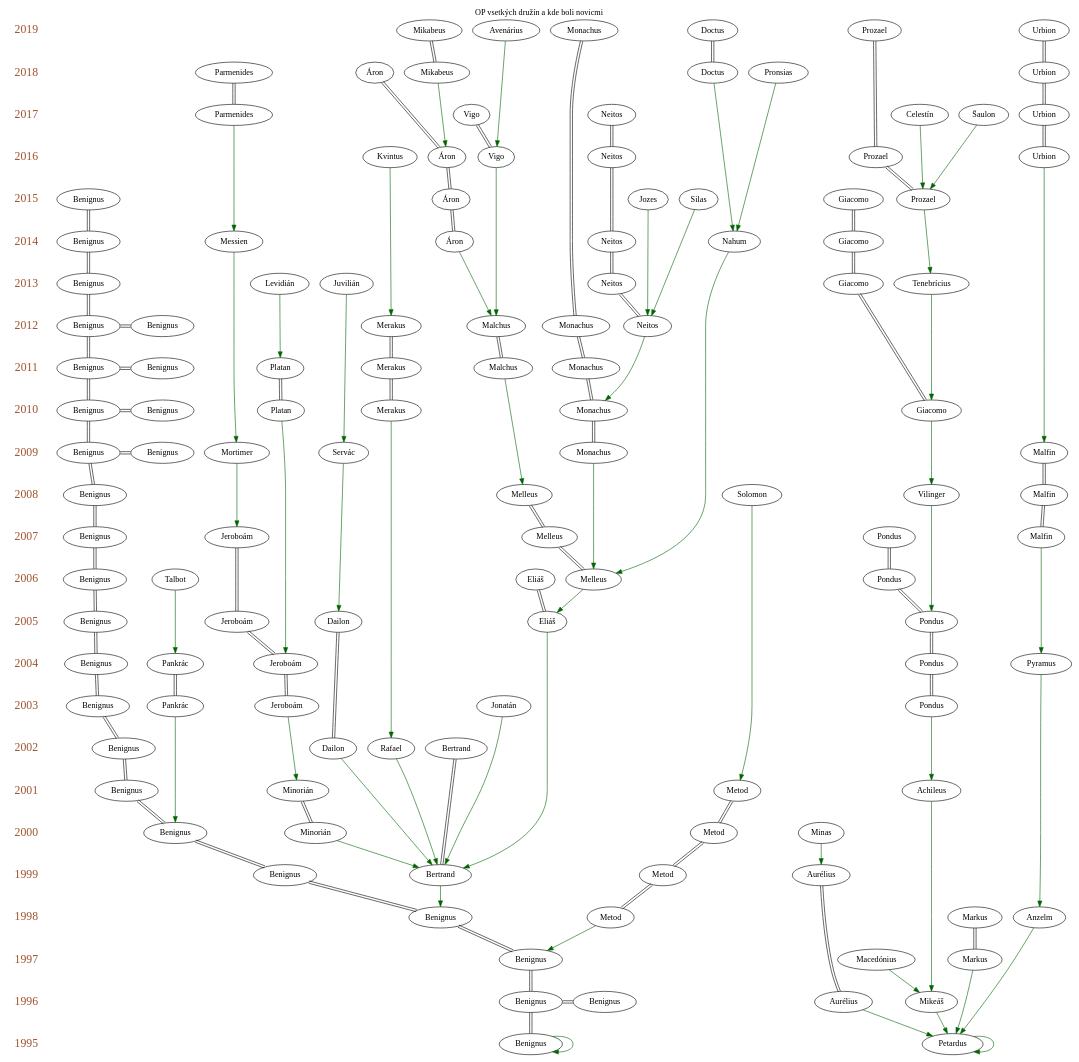
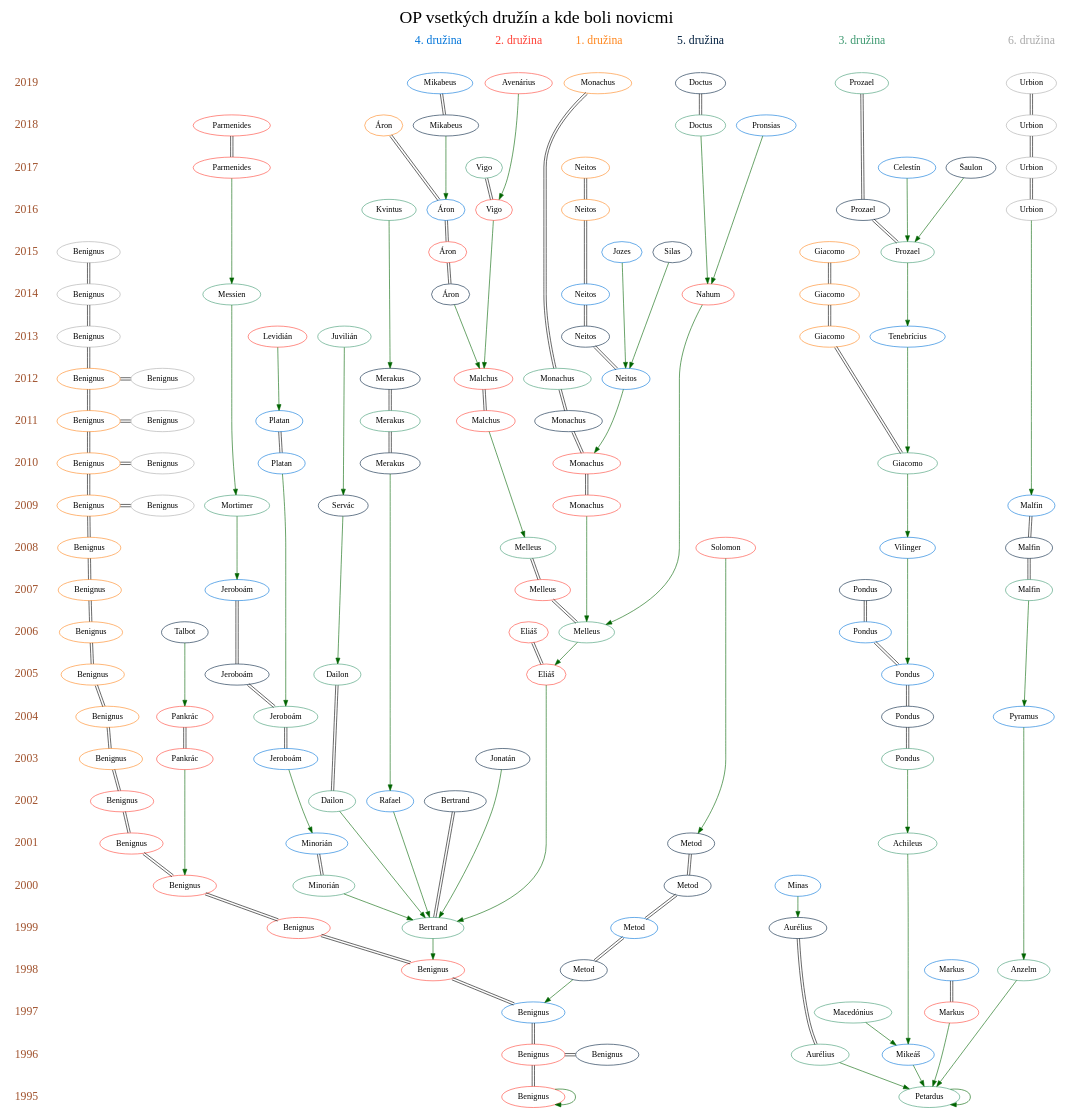
One commit to ukropj/katarinka-trees changed the diagram in target/strom_op_druziny.dot. Above: the diagram before and after it, drawn with Graphviz. The commit also changed 3 other files, not shown here.

```diff
--- a/target/strom_op_druziny.dot
+++ b/target/strom_op_druziny.dot
@@ -1,5 +1,6 @@
-digraph op_tree {
+digraph op_druziny_tree {
   labelloc=t;
+  fontsize=30
   label="OP vsetkých družín a kde boli novicmi";
   rankdir=BT;
   newrank=true;
@@ -30,156 +31,131 @@
   n2018 [shape=plaintext fontcolor="sienna" fontsize=20 label="2018"];
   n2019 [shape=plaintext fontcolor="sienna" fontsize=20 label="2019"];
   n1995 -> n1996 -> n1997 -> n1998 -> n1999 -> n2000 -> n2001 -> n2002 -> n2003 -> n2004 -> n2005 -> n2006 -> n2007 -> n2008 -> n2009 -> n2010 -> n2011 -> n2012 -> n2013 -> n2014 -> n2015 -> n2016 -> n2017 -> n2018 -> n2019 [color=white];
-  n1995_1 [label="Benignus"];
-  n1995_2 [label="Petardus"];
-  n1996_1 [label="Benignus"];
-  n1996_2 [label="Aurélius"];
-  n1996_3 [label="Mikeáš"];
-  n1996_4 [label="Benignus"];
-  n1997_1 [label="Markus"];
-  n1997_2 [label="Macedónius"];
-  n1997_3 [label="Benignus"];
-  n1998_1 [label="Benignus"];
-  n1998_2 [label="Anzelm"];
-  n1998_3 [label="Markus"];
-  n1998_4 [label="Metod"];
-  n1999_1 [label="Benignus"];
-  n1999_2 [label="Bertrand"];
-  n1999_3 [label="Metod"];
-  n1999_4 [label="Aurélius"];
-  n2000_1 [label="Benignus"];
-  n2000_2 [label="Minorián"];
-  n2000_3 [label="Minas"];
-  n2000_4 [label="Metod"];
-  n2001_1 [label="Benignus"];
-  n2001_2 [label="Achileus"];
-  n2001_3 [label="Minorián"];
-  n2001_4 [label="Metod"];
-  n2002_1 [label="Benignus"];
-  n2002_2 [label="Dailon"];
-  n2002_3 [label="Rafael"];
-  n2002_4 [label="Bertrand"];
-  n2003_1 [label="Benignus"];
-  n2003_2 [label="Pankrác"];
-  n2003_3 [label="Pondus"];
-  n2003_4 [label="Jeroboám"];
-  n2003_5 [label="Jonatán"];
-  n2004_1 [label="Benignus"];
-  n2004_2 [label="Pankrác"];
-  n2004_3 [label="Jeroboám"];
-  n2004_4 [label="Pyramus"];
-  n2004_5 [label="Pondus"];
-  n2005_1 [label="Benignus"];
-  n2005_2 [label="Eliáš"];
-  n2005_3 [label="Dailon"];
-  n2005_4 [label="Pondus"];
-  n2005_5 [label="Jeroboám"];
-  n2006_1 [label="Benignus"];
-  n2006_2 [label="Eliáš"];
-  n2006_3 [label="Melleus"];
-  n2006_4 [label="Pondus"];
-  n2006_5 [label="Talbot"];
-  n2007_1 [label="Benignus"];
-  n2007_2 [label="Melleus"];
-  n2007_3 [label="Malfin"];
-  n2007_4 [label="Jeroboám"];
-  n2007_5 [label="Pondus"];
-  n2008_1 [label="Benignus"];
-  n2008_2 [label="Solomon"];
-  n2008_3 [label="Melleus"];
-  n2008_4 [label="Vilinger"];
-  n2008_5 [label="Malfin"];
-  n2009_1 [label="Benignus"];
-  n2009_2 [label="Monachus"];
-  n2009_3 [label="Mortimer"];
-  n2009_4 [label="Malfin"];
-  n2009_5 [label="Servác"];
-  n2009_6 [label="Benignus"];
-  n2010_1 [label="Benignus"];
-  n2010_2 [label="Monachus"];
-  n2010_3 [label="Giacomo"];
-  n2010_4 [label="Platan"];
-  n2010_5 [label="Merakus"];
-  n2010_6 [label="Benignus"];
-  n2011_1 [label="Benignus"];
-  n2011_2 [label="Malchus"];
-  n2011_3 [label="Merakus"];
-  n2011_4 [label="Platan"];
-  n2011_5 [label="Monachus"];
-  n2011_6 [label="Benignus"];
-  n2012_1 [label="Benignus"];
-  n2012_2 [label="Malchus"];
-  n2012_3 [label="Monachus"];
-  n2012_4 [label="Neitos"];
-  n2012_5 [label="Merakus"];
-  n2012_6 [label="Benignus"];
-  n2013_1 [label="Giacomo"];
-  n2013_2 [label="Levidián"];
-  n2013_3 [label="Juvilián"];
-  n2013_4 [label="Tenebrícius"];
-  n2013_5 [label="Neitos"];
-  n2013_6 [label="Benignus"];
-  n2014_1 [label="Giacomo"];
-  n2014_2 [label="Nahum"];
-  n2014_3 [label="Messien"];
-  n2014_4 [label="Neitos"];
-  n2014_5 [label="Áron"];
-  n2014_6 [label="Benignus"];
-  n2015_1 [label="Giacomo"];
-  n2015_2 [label="Áron"];
-  n2015_3 [label="Prozael"];
-  n2015_4 [label="Jozes"];
-  n2015_5 [label="Silas"];
-  n2015_6 [label="Benignus"];
-  n2016_1 [label="Neitos"];
-  n2016_2 [label="Vigo"];
-  n2016_3 [label="Kvintus"];
-  n2016_4 [label="Áron"];
-  n2016_5 [label="Prozael"];
-  n2016_6 [label="Urbion"];
-  n2017_1 [label="Neitos"];
-  n2017_2 [label="Parmenides"];
-  n2017_3 [label="Vigo"];
-  n2017_4 [label="Celestín"];
-  n2017_5 [label="Šaulon"];
-  n2017_6 [label="Urbion"];
-  n2018_1 [label="Áron"];
-  n2018_2 [label="Parmenides"];
-  n2018_3 [label="Doctus"];
-  n2018_4 [label="Pronsias"];
-  n2018_5 [label="Mikabeus"];
-  n2018_6 [label="Urbion"];
-  n2019_1 [label="Monachus"];
-  n2019_2 [label="Avenárius"];
-  n2019_3 [label="Prozael"];
-  n2019_4 [label="Mikabeus"];
-  n2019_5 [label="Doctus"];
-  n2019_6 [label="Urbion"];
-  n1995 [label="1995"];
-  n1996 [label="1996"];
-  n1997 [label="1997"];
-  n1998 [label="1998"];
-  n1999 [label="1999"];
-  n2000 [label="2000"];
-  n2001 [label="2001"];
-  n2002 [label="2002"];
-  n2003 [label="2003"];
-  n2004 [label="2004"];
-  n2005 [label="2005"];
-  n2006 [label="2006"];
-  n2007 [label="2007"];
-  n2008 [label="2008"];
-  n2009 [label="2009"];
-  n2010 [label="2010"];
-  n2011 [label="2011"];
-  n2012 [label="2012"];
-  n2013 [label="2013"];
-  n2014 [label="2014"];
-  n2015 [label="2015"];
-  n2016 [label="2016"];
-  n2017 [label="2017"];
-  n2018 [label="2018"];
-  n2019 [label="2019"];
+  n1995_1 [label="Benignus", color="#FF4136"];
+  n1995_2 [label="Petardus", color="#3D9970"];
+  n1996_1 [label="Benignus", color="#FF4136"];
+  n1996_2 [label="Aurélius", color="#3D9970"];
+  n1996_3 [label="Mikeáš", color="#0074D9"];
+  n1996_4 [label="Benignus", color="#001F3F"];
+  n1997_1 [label="Markus", color="#FF4136"];
+  n1997_2 [label="Macedónius", color="#3D9970"];
+  n1997_3 [label="Benignus", color="#0074D9"];
+  n1998_1 [label="Benignus", color="#FF4136"];
+  n1998_2 [label="Anzelm", color="#3D9970"];
+  n1998_3 [label="Markus", color="#0074D9"];
+  n1998_4 [label="Metod", color="#001F3F"];
+  n1999_1 [label="Benignus", color="#FF4136"];
+  n1999_2 [label="Bertrand", color="#3D9970"];
+  n1999_3 [label="Metod", color="#0074D9"];
+  n1999_4 [label="Aurélius", color="#001F3F"];
+  n2000_1 [label="Benignus", color="#FF4136"];
+  n2000_2 [label="Minorián", color="#3D9970"];
+  n2000_3 [label="Minas", color="#0074D9"];
+  n2000_4 [label="Metod", color="#001F3F"];
+  n2001_1 [label="Benignus", color="#FF4136"];
+  n2001_2 [label="Achileus", color="#3D9970"];
+  n2001_3 [label="Minorián", color="#0074D9"];
+  n2001_4 [label="Metod", color="#001F3F"];
+  n2002_1 [label="Benignus", color="#FF4136"];
+  n2002_2 [label="Dailon", color="#3D9970"];
+  n2002_3 [label="Rafael", color="#0074D9"];
+  n2002_4 [label="Bertrand", color="#001F3F"];
+  n2003_1 [label="Benignus", color="#FF851B"];
+  n2003_2 [label="Pankrác", color="#FF4136"];
+  n2003_3 [label="Pondus", color="#3D9970"];
+  n2003_4 [label="Jeroboám", color="#0074D9"];
+  n2003_5 [label="Jonatán", color="#001F3F"];
+  n2004_1 [label="Benignus", color="#FF851B"];
+  n2004_2 [label="Pankrác", color="#FF4136"];
+  n2004_3 [label="Jeroboám", color="#3D9970"];
+  n2004_4 [label="Pyramus", color="#0074D9"];
+  n2004_5 [label="Pondus", color="#001F3F"];
+  n2005_1 [label="Benignus", color="#FF851B"];
+  n2005_2 [label="Eliáš", color="#FF4136"];
+  n2005_3 [label="Dailon", color="#3D9970"];
+  n2005_4 [label="Pondus", color="#0074D9"];
+  n2005_5 [label="Jeroboám", color="#001F3F"];
+  n2006_1 [label="Benignus", color="#FF851B"];
+  n2006_2 [label="Eliáš", color="#FF4136"];
+  n2006_3 [label="Melleus", color="#3D9970"];
+  n2006_4 [label="Pondus", color="#0074D9"];
+  n2006_5 [label="Talbot", color="#001F3F"];
+  n2007_1 [label="Benignus", color="#FF851B"];
+  n2007_2 [label="Melleus", color="#FF4136"];
+  n2007_3 [label="Malfin", color="#3D9970"];
+  n2007_4 [label="Jeroboám", color="#0074D9"];
+  n2007_5 [label="Pondus", color="#001F3F"];
+  n2008_1 [label="Benignus", color="#FF851B"];
+  n2008_2 [label="Solomon", color="#FF4136"];
+  n2008_3 [label="Melleus", color="#3D9970"];
+  n2008_4 [label="Vilinger", color="#0074D9"];
+  n2008_5 [label="Malfin", color="#001F3F"];
+  n2009_1 [label="Benignus", color="#FF851B"];
+  n2009_2 [label="Monachus", color="#FF4136"];
+  n2009_3 [label="Mortimer", color="#3D9970"];
+  n2009_4 [label="Malfin", color="#0074D9"];
+  n2009_5 [label="Servác", color="#001F3F"];
+  n2009_6 [label="Benignus", color="#AAAAAA"];
+  n2010_1 [label="Benignus", color="#FF851B"];
+  n2010_2 [label="Monachus", color="#FF4136"];
+  n2010_3 [label="Giacomo", color="#3D9970"];
+  n2010_4 [label="Platan", color="#0074D9"];
+  n2010_5 [label="Merakus", color="#001F3F"];
+  n2010_6 [label="Benignus", color="#AAAAAA"];
+  n2011_1 [label="Benignus", color="#FF851B"];
+  n2011_2 [label="Malchus", color="#FF4136"];
+  n2011_3 [label="Merakus", color="#3D9970"];
+  n2011_4 [label="Platan", color="#0074D9"];
+  n2011_5 [label="Monachus", color="#001F3F"];
+  n2011_6 [label="Benignus", color="#AAAAAA"];
+  n2012_1 [label="Benignus", color="#FF851B"];
+  n2012_2 [label="Malchus", color="#FF4136"];
+  n2012_3 [label="Monachus", color="#3D9970"];
+  n2012_4 [label="Neitos", color="#0074D9"];
+  n2012_5 [label="Merakus", color="#001F3F"];
+  n2012_6 [label="Benignus", color="#AAAAAA"];
+  n2013_1 [label="Giacomo", color="#FF851B"];
+  n2013_2 [label="Levidián", color="#FF4136"];
+  n2013_3 [label="Juvilián", color="#3D9970"];
+  n2013_4 [label="Tenebrícius", color="#0074D9"];
+  n2013_5 [label="Neitos", color="#001F3F"];
+  n2013_6 [label="Benignus", color="#AAAAAA"];
+  n2014_1 [label="Giacomo", color="#FF851B"];
+  n2014_2 [label="Nahum", color="#FF4136"];
+  n2014_3 [label="Messien", color="#3D9970"];
+  n2014_4 [label="Neitos", color="#0074D9"];
+  n2014_5 [label="Áron", color="#001F3F"];
+  n2014_6 [label="Benignus", color="#AAAAAA"];
+  n2015_1 [label="Giacomo", color="#FF851B"];
+  n2015_2 [label="Áron", color="#FF4136"];
+  n2015_3 [label="Prozael", color="#3D9970"];
+  n2015_4 [label="Jozes", color="#0074D9"];
+  n2015_5 [label="Silas", color="#001F3F"];
+  n2015_6 [label="Benignus", color="#AAAAAA"];
+  n2016_1 [label="Neitos", color="#FF851B"];
+  n2016_2 [label="Vigo", color="#FF4136"];
+  n2016_3 [label="Kvintus", color="#3D9970"];
+  n2016_4 [label="Áron", color="#0074D9"];
+  n2016_5 [label="Prozael", color="#001F3F"];
+  n2016_6 [label="Urbion", color="#AAAAAA"];
+  n2017_1 [label="Neitos", color="#FF851B"];
+  n2017_2 [label="Parmenides", color="#FF4136"];
+  n2017_3 [label="Vigo", color="#3D9970"];
+  n2017_4 [label="Celestín", color="#0074D9"];
+  n2017_5 [label="Šaulon", color="#001F3F"];
+  n2017_6 [label="Urbion", color="#AAAAAA"];
+  n2018_1 [label="Áron", color="#FF851B"];
+  n2018_2 [label="Parmenides", color="#FF4136"];
+  n2018_3 [label="Doctus", color="#3D9970"];
+  n2018_4 [label="Pronsias", color="#0074D9"];
+  n2018_5 [label="Mikabeus", color="#001F3F"];
+  n2018_6 [label="Urbion", color="#AAAAAA"];
+  n2019_1 [label="Monachus", color="#FF851B"];
+  n2019_2 [label="Avenárius", color="#FF4136"];
+  n2019_3 [label="Prozael", color="#3D9970"];
+  n2019_4 [label="Mikabeus", color="#0074D9"];
+  n2019_5 [label="Doctus", color="#001F3F"];
+  n2019_6 [label="Urbion", color="#AAAAAA"];
   n1995_1 -> n1996_1 -> n1997_3 -> n1998_1 -> n1999_1 -> n2000_1 -> n2001_1 -> n2002_1 -> n2003_1 -> n2004_1 -> n2005_1 -> n2006_1 -> n2007_1 -> n2008_1 -> n2009_1 -> n2010_1 -> n2011_1 -> n2012_1 -> n2013_6 -> n2014_6 -> n2015_6;
   n1996_2 -> n1999_4;
   n1997_1 -> n1998_3;
@@ -211,58 +187,70 @@
   n2010_1 -> n2010_6;
   n2011_1 -> n2011_6;
   n2012_1 -> n2012_6;
-  n1995_1 -> n1995_1 [arrowhead=inv color=darkgreen dir=back minlen=0];
-  n1995_2 -> n1995_2 [arrowhead=inv color=darkgreen dir=back minlen=0];
-  n1995_2 -> n1996_2 [arrowhead=inv color=darkgreen dir=back minlen=1];
-  n1995_2 -> n1996_3 [arrowhead=inv color=darkgreen dir=back minlen=1];
-  n1995_2 -> n1997_1 [arrowhead=inv color=darkgreen dir=back minlen=2];
-  n1996_3 -> n1997_2 [arrowhead=inv color=darkgreen dir=back minlen=1];
-  n1995_2 -> n1998_2 [arrowhead=inv color=darkgreen dir=back minlen=3];
-  n1997_3 -> n1998_4 [arrowhead=inv color=darkgreen dir=back minlen=1];
-  n1998_1 -> n1999_2 [arrowhead=inv color=darkgreen dir=back minlen=1];
-  n1999_2 -> n2000_2 [arrowhead=inv color=darkgreen dir=back minlen=1];
-  n1999_4 -> n2000_3 [arrowhead=inv color=darkgreen dir=back minlen=1];
-  n1996_3 -> n2001_2 [arrowhead=inv color=darkgreen dir=back minlen=5];
-  n1999_2 -> n2002_2 [arrowhead=inv color=darkgreen dir=back minlen=3];
-  n1999_2 -> n2002_3 [arrowhead=inv color=darkgreen dir=back minlen=3];
-  n2000_1 -> n2003_2 [arrowhead=inv color=darkgreen dir=back minlen=3];
-  n2001_2 -> n2003_3 [arrowhead=inv color=darkgreen dir=back minlen=2];
-  n2001_3 -> n2003_4 [arrowhead=inv color=darkgreen dir=back minlen=2];
-  n1999_2 -> n2003_5 [arrowhead=inv color=darkgreen dir=back minlen=4];
-  n1998_2 -> n2004_4 [arrowhead=inv color=darkgreen dir=back minlen=6];
-  n1999_2 -> n2005_2 [arrowhead=inv color=darkgreen dir=back minlen=6];
-  n2005_2 -> n2006_3 [arrowhead=inv color=darkgreen dir=back minlen=1];
-  n2004_2 -> n2006_5 [arrowhead=inv color=darkgreen dir=back minlen=2];
-  n2004_4 -> n2007_3 [arrowhead=inv color=darkgreen dir=back minlen=3];
-  n2001_4 -> n2008_2 [arrowhead=inv color=darkgreen dir=back minlen=7];
-  n2005_4 -> n2008_4 [arrowhead=inv color=darkgreen dir=back minlen=3];
-  n2006_3 -> n2009_2 [arrowhead=inv color=darkgreen dir=back minlen=3];
-  n2007_4 -> n2009_3 [arrowhead=inv color=darkgreen dir=back minlen=2];
-  n2005_3 -> n2009_5 [arrowhead=inv color=darkgreen dir=back minlen=4];
-  n2008_4 -> n2010_3 [arrowhead=inv color=darkgreen dir=back minlen=2];
-  n2004_3 -> n2010_4 [arrowhead=inv color=darkgreen dir=back minlen=6];
-  n2002_3 -> n2010_5 [arrowhead=inv color=darkgreen dir=back minlen=8];
-  n2008_3 -> n2011_2 [arrowhead=inv color=darkgreen dir=back minlen=3];
-  n2010_2 -> n2012_4 [arrowhead=inv color=darkgreen dir=back minlen=2];
-  n2011_4 -> n2013_2 [arrowhead=inv color=darkgreen dir=back minlen=2];
-  n2009_5 -> n2013_3 [arrowhead=inv color=darkgreen dir=back minlen=4];
-  n2010_3 -> n2013_4 [arrowhead=inv color=darkgreen dir=back minlen=3];
-  n2006_3 -> n2014_2 [arrowhead=inv color=darkgreen dir=back minlen=8];
-  n2009_3 -> n2014_3 [arrowhead=inv color=darkgreen dir=back minlen=5];
-  n2012_2 -> n2014_5 [arrowhead=inv color=darkgreen dir=back minlen=2];
-  n2013_4 -> n2015_3 [arrowhead=inv color=darkgreen dir=back minlen=2];
-  n2012_4 -> n2015_4 [arrowhead=inv color=darkgreen dir=back minlen=3];
-  n2012_4 -> n2015_5 [arrowhead=inv color=darkgreen dir=back minlen=3];
-  n2012_2 -> n2016_2 [arrowhead=inv color=darkgreen dir=back minlen=4];
-  n2012_5 -> n2016_3 [arrowhead=inv color=darkgreen dir=back minlen=4];
-  n2009_4 -> n2016_6 [arrowhead=inv color=darkgreen dir=back minlen=7];
-  n2014_3 -> n2017_2 [arrowhead=inv color=darkgreen dir=back minlen=3];
-  n2015_3 -> n2017_4 [arrowhead=inv color=darkgreen dir=back minlen=2];
-  n2015_3 -> n2017_5 [arrowhead=inv color=darkgreen dir=back minlen=2];
-  n2014_2 -> n2018_3 [arrowhead=inv color=darkgreen dir=back minlen=4];
-  n2014_2 -> n2018_4 [arrowhead=inv color=darkgreen dir=back minlen=4];
-  n2016_4 -> n2018_5 [arrowhead=inv color=darkgreen dir=back minlen=2];
-  n2016_2 -> n2019_2 [arrowhead=inv color=darkgreen dir=back minlen=3];
+  n1995_1 -> n1995_1 [color=darkgreen dir=back minlen=0];
+  n1995_2 -> n1995_2 [color=darkgreen dir=back minlen=0];
+  n1995_2 -> n1996_2 [color=darkgreen dir=back minlen=1];
+  n1995_2 -> n1996_3 [color=darkgreen dir=back minlen=1];
+  n1995_2 -> n1997_1 [color=darkgreen dir=back minlen=2];
+  n1996_3 -> n1997_2 [color=darkgreen dir=back minlen=1];
+  n1995_2 -> n1998_2 [color=darkgreen dir=back minlen=3];
+  n1997_3 -> n1998_4 [color=darkgreen dir=back minlen=1];
+  n1998_1 -> n1999_2 [color=darkgreen dir=back minlen=1];
+  n1999_2 -> n2000_2 [color=darkgreen dir=back minlen=1];
+  n1999_4 -> n2000_3 [color=darkgreen dir=back minlen=1];
+  n1996_3 -> n2001_2 [color=darkgreen dir=back minlen=5];
+  n1999_2 -> n2002_2 [color=darkgreen dir=back minlen=3];
+  n1999_2 -> n2002_3 [color=darkgreen dir=back minlen=3];
+  n2000_1 -> n2003_2 [color=darkgreen dir=back minlen=3];
+  n2001_2 -> n2003_3 [color=darkgreen dir=back minlen=2];
+  n2001_3 -> n2003_4 [color=darkgreen dir=back minlen=2];
+  n1999_2 -> n2003_5 [color=darkgreen dir=back minlen=4];
+  n1998_2 -> n2004_4 [color=darkgreen dir=back minlen=6];
+  n1999_2 -> n2005_2 [color=darkgreen dir=back minlen=6];
+  n2005_2 -> n2006_3 [color=darkgreen dir=back minlen=1];
+  n2004_2 -> n2006_5 [color=darkgreen dir=back minlen=2];
+  n2004_4 -> n2007_3 [color=darkgreen dir=back minlen=3];
+  n2001_4 -> n2008_2 [color=darkgreen dir=back minlen=7];
+  n2005_4 -> n2008_4 [color=darkgreen dir=back minlen=3];
+  n2006_3 -> n2009_2 [color=darkgreen dir=back minlen=3];
+  n2007_4 -> n2009_3 [color=darkgreen dir=back minlen=2];
+  n2005_3 -> n2009_5 [color=darkgreen dir=back minlen=4];
+  n2008_4 -> n2010_3 [color=darkgreen dir=back minlen=2];
+  n2004_3 -> n2010_4 [color=darkgreen dir=back minlen=6];
+  n2002_3 -> n2010_5 [color=darkgreen dir=back minlen=8];
+  n2008_3 -> n2011_2 [color=darkgreen dir=back minlen=3];
+  n2010_2 -> n2012_4 [color=darkgreen dir=back minlen=2];
+  n2011_4 -> n2013_2 [color=darkgreen dir=back minlen=2];
+  n2009_5 -> n2013_3 [color=darkgreen dir=back minlen=4];
+  n2010_3 -> n2013_4 [color=darkgreen dir=back minlen=3];
+  n2006_3 -> n2014_2 [color=darkgreen dir=back minlen=8];
+  n2009_3 -> n2014_3 [color=darkgreen dir=back minlen=5];
+  n2012_2 -> n2014_5 [color=darkgreen dir=back minlen=2];
+  n2013_4 -> n2015_3 [color=darkgreen dir=back minlen=2];
+  n2012_4 -> n2015_4 [color=darkgreen dir=back minlen=3];
+  n2012_4 -> n2015_5 [color=darkgreen dir=back minlen=3];
+  n2012_2 -> n2016_2 [color=darkgreen dir=back minlen=4];
+  n2012_5 -> n2016_3 [color=darkgreen dir=back minlen=4];
+  n2009_4 -> n2016_6 [color=darkgreen dir=back minlen=7];
+  n2014_3 -> n2017_2 [color=darkgreen dir=back minlen=3];
+  n2015_3 -> n2017_4 [color=darkgreen dir=back minlen=2];
+  n2015_3 -> n2017_5 [color=darkgreen dir=back minlen=2];
+  n2014_2 -> n2018_3 [color=darkgreen dir=back minlen=4];
+  n2014_2 -> n2018_4 [color=darkgreen dir=back minlen=4];
+  n2016_4 -> n2018_5 [color=darkgreen dir=back minlen=2];
+  n2016_2 -> n2019_2 [color=darkgreen dir=back minlen=3];
+  n1 [shape=plaintext fontcolor="#FF851B" fontsize=20 label="1. družina"];
+  n2 [shape=plaintext fontcolor="#FF4136" fontsize=20 label="2. družina"];
+  n3 [shape=plaintext fontcolor="#3D9970" fontsize=20 label="3. družina"];
+  n4 [shape=plaintext fontcolor="#0074D9" fontsize=20 label="4. družina"];
+  n5 [shape=plaintext fontcolor="#001F3F" fontsize=20 label="5. družina"];
+  n6 [shape=plaintext fontcolor="#AAAAAA" fontsize=20 label="6. družina"];
+  n2019_1 -> n1 [color=white];
+  n2019_2 -> n2 [color=white];
+  n2019_3 -> n3 [color=white];
+  n2019_4 -> n4 [color=white];
+  n2019_5 -> n5 [color=white];
+  n2019_6 -> n6 [color=white];
   {rank=same n1995 n1995_1 n1995_2}
   {rank=same n1996 n1996_1 n1996_2 n1996_3 n1996_4}
   {rank=same n1997 n1997_1 n1997_2 n1997_3}
@@ -288,5 +276,6 @@
   {rank=same n2017 n2017_1 n2017_2 n2017_3 n2017_4 n2017_5 n2017_6}
   {rank=same n2018 n2018_1 n2018_2 n2018_3 n2018_4 n2018_5 n2018_6}
   {rank=same n2019 n2019_1 n2019_2 n2019_3 n2019_4 n2019_5 n2019_6}
+  {rank = max; n1 n2 n3 n4 n5 n6}
   {rank = min; n1995_1 n1995_2}
 }
```
